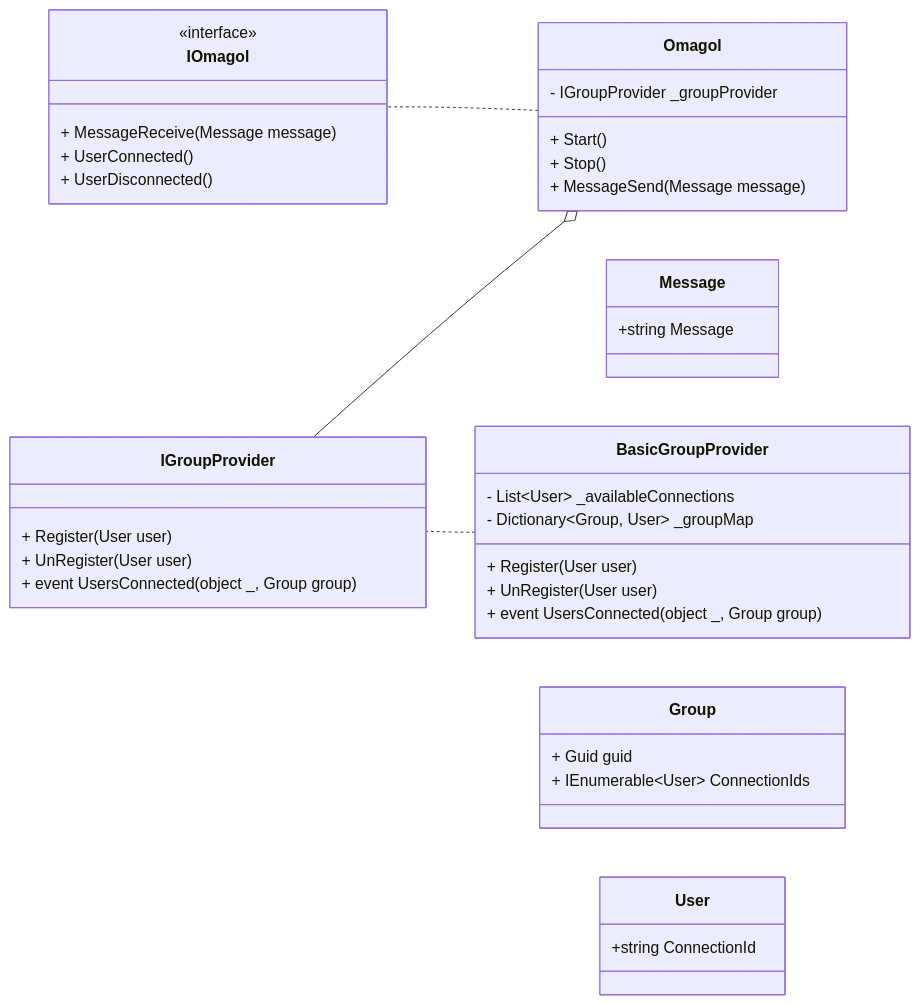
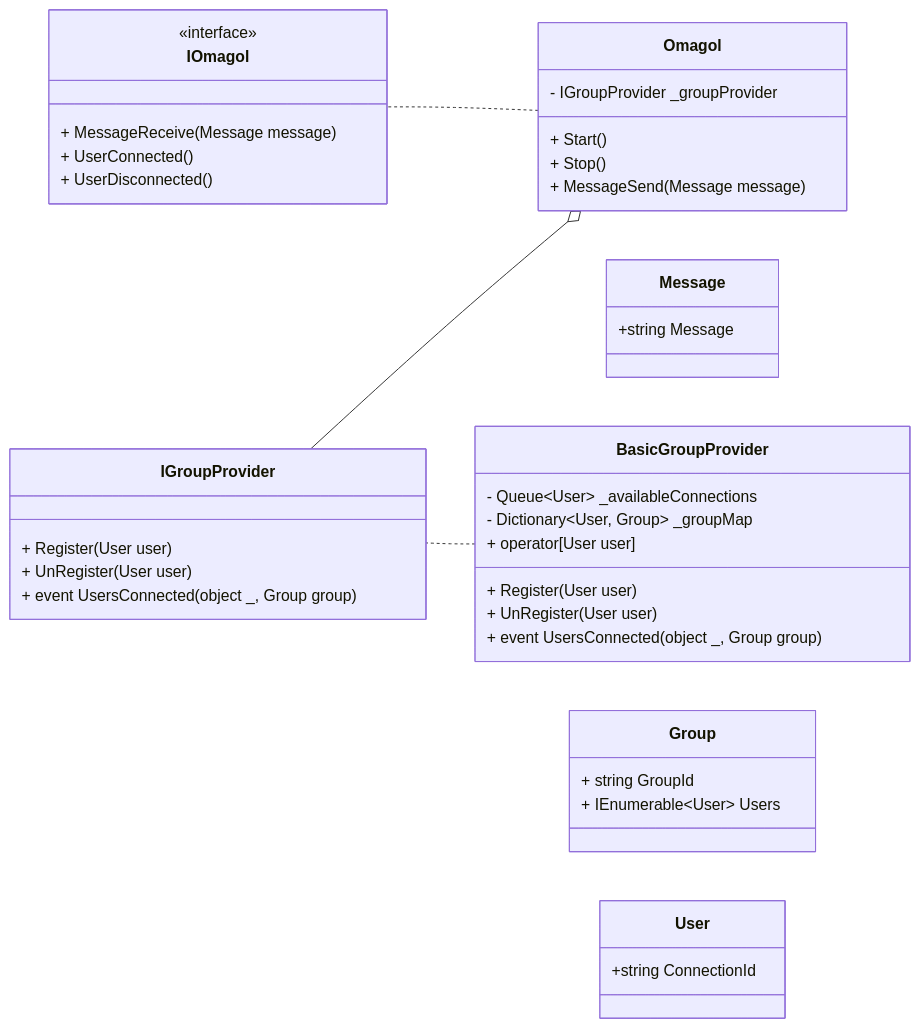
One commit to Hungerarray/signalR-omagol changed the second of 2 diagrams in Docs/omagol.md. Above: the diagram before and after it, drawn with Mermaid. The commit also changed 1 other file, not shown here.

Commit message:
Update docs to better reflect backend design

````diff
--- a/Docs/omagol.md
+++ b/Docs/omagol.md
@@ -62,50 +62,51 @@
 ```mermaid
 classDiagram 
   direction RL
   class IOmagol {
     <<interface>>
     + MessageReceive(Message message)
     + UserConnected()
     + UserDisconnected()
   }
 
   class Omagol {
     - IGroupProvider _groupProvider
     + Start()
     + Stop()
     + MessageSend(Message message)
   }
   
   class Message {
     +string Message
   }
 
   class IGroupProvider {
     + Register(User user)
     + UnRegister(User user)
     + event UsersConnected(object _, Group group)
   }
 
   class BasicGroupProvider {
-    - List~User~ _availableConnections
-    - Dictionary~Group, User~ _groupMap
+    - Queue~User~ _availableConnections
+    - Dictionary~User, Group~ _groupMap
+    + operator[User user]
     + Register(User user)
     + UnRegister(User user)
     + event UsersConnected(object _, Group group)
   }
 
   class Group {
-    + Guid guid
-    + IEnumerable~User~ ConnectionIds
+    + string GroupId
+    + IEnumerable~User~ Users
   }
   
   class User {
     +string ConnectionId
   }
 
   BasicGroupProvider .. IGroupProvider
   Omagol .. IOmagol
   Omagol o-- IGroupProvider
   
 
 ```
````
